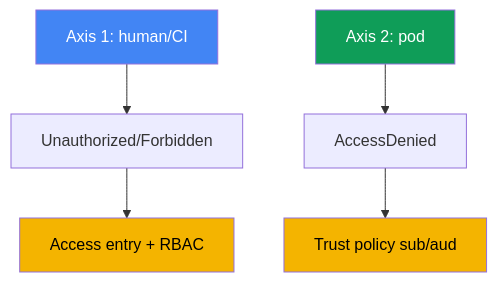
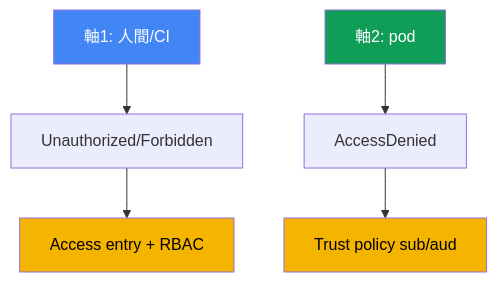
The first of 2 diagrams in tasks/eks/labs/121/README_JP.MD (ViktorUJ/cks), drawn with Mermaid before and after one commit. The commit also changed other lines of this file and 221 other files, not shown here.

````diff
--- a/tasks/eks/labs/121/README_JP.MD
+++ b/tasks/eks/labs/121/README_JP.MD
@@ -32,15 +32,15 @@
 ```mermaid
 flowchart TB
-    axis1["Axis 1: human/CI"]
-    axis2["Axis 2: pod"]
+    axis1["軸1: 人間/CI"]
+    axis2["軸2: pod"]
     u["Unauthorized/Forbidden"]
     a["AccessDenied"]
     fix1["Access entry + RBAC"]
     fix2["Trust policy sub/aud"]
     axis1 --> u --> fix1
     axis2 --> a --> fix2
     style axis1 fill:#4285f4,color:#fff
     style axis2 fill:#0f9d58,color:#fff
     style fix1 fill:#f4b400,color:#000
     style fix2 fill:#f4b400,color:#000
 ```
````
